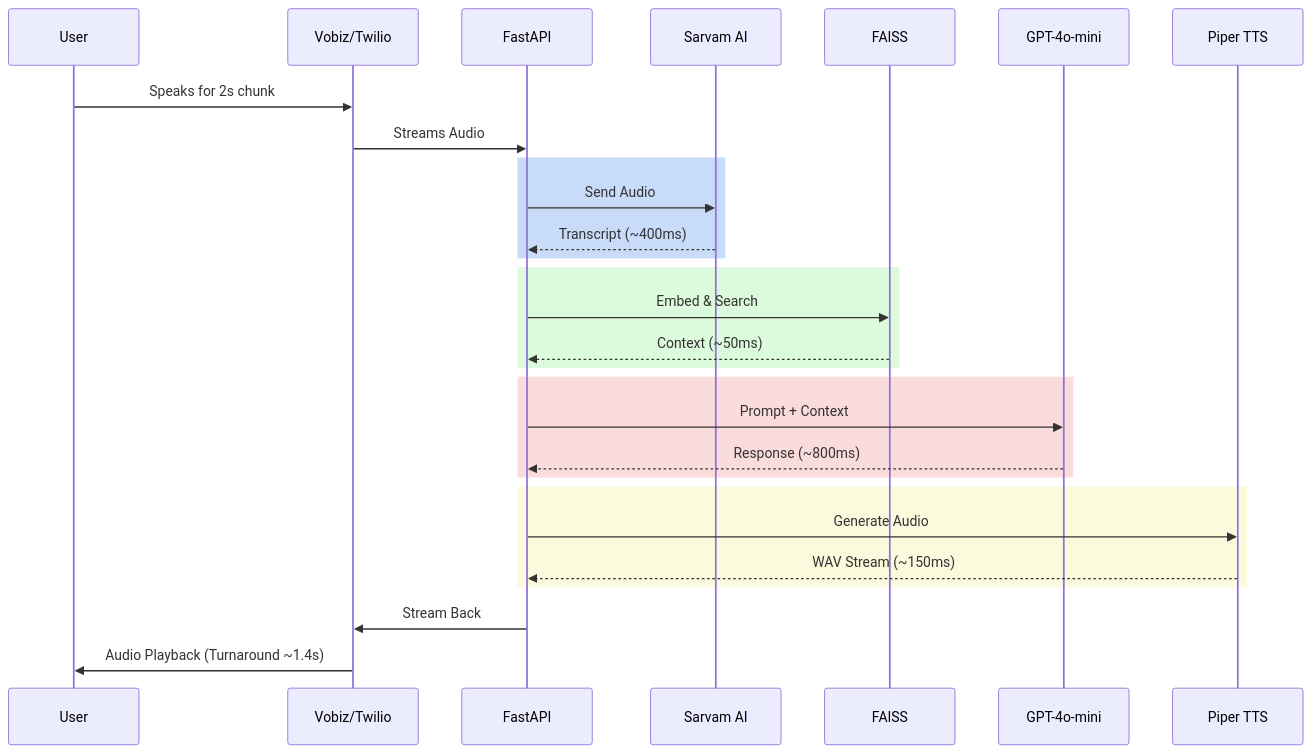
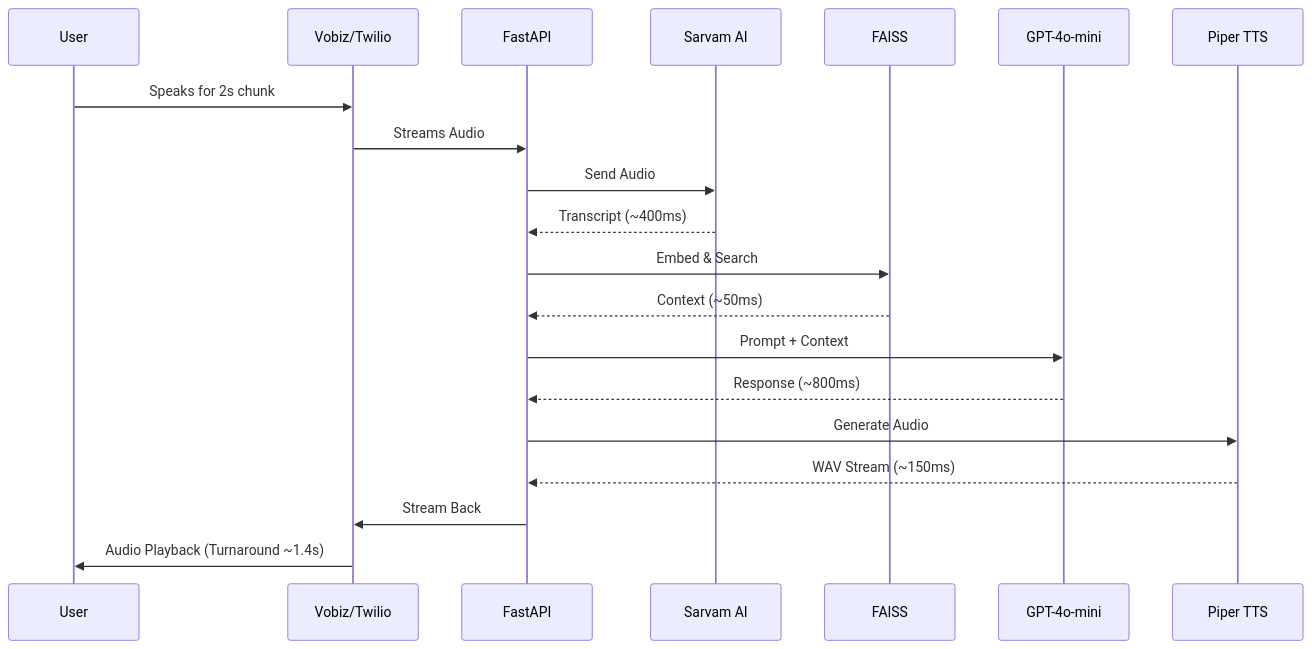
The diagram in README.md (Dhruvil1308/GuniVox-V5-STT-Sarvam-with-RAG), drawn with Mermaid before and after one commit.

Commit message:
Remove rect background colors from sequence diagram for GitHub dark mode compatibility

````diff
--- a/README.md
+++ b/README.md
@@ -39,36 +39,28 @@
 ```mermaid
 sequenceDiagram
     participant User
     participant Twilio as Vobiz/Twilio
     participant Backend as FastAPI
     participant STT as Sarvam AI
     participant RAG as FAISS
     participant LLM as GPT-4o-mini
     participant TTS as Piper TTS
 
     User->>Twilio: Speaks for 2s chunk
     Twilio->>Backend: Streams Audio
     
-    rect rgb(200, 220, 250)
-        Backend->>STT: Send Audio
-        STT-->>Backend: Transcript (~400ms)
-    end
+    Backend->>STT: Send Audio
+    STT-->>Backend: Transcript (~400ms)
     
-    rect rgb(220, 250, 220)
-        Backend->>RAG: Embed & Search
-        RAG-->>Backend: Context (~50ms)
-    end
+    Backend->>RAG: Embed & Search
+    RAG-->>Backend: Context (~50ms)
     
-    rect rgb(250, 220, 220)
-        Backend->>LLM: Prompt + Context
-        LLM-->>Backend: Response (~800ms)
-    end
+    Backend->>LLM: Prompt + Context
+    LLM-->>Backend: Response (~800ms)
     
-    rect rgb(250, 250, 220)
-        Backend->>TTS: Generate Audio
-        TTS-->>Backend: WAV Stream (~150ms)
-    end
+    Backend->>TTS: Generate Audio
+    TTS-->>Backend: WAV Stream (~150ms)
     
     Backend->>Twilio: Stream Back
     Twilio->>User: Audio Playback (Turnaround ~1.4s)
 ```
````
